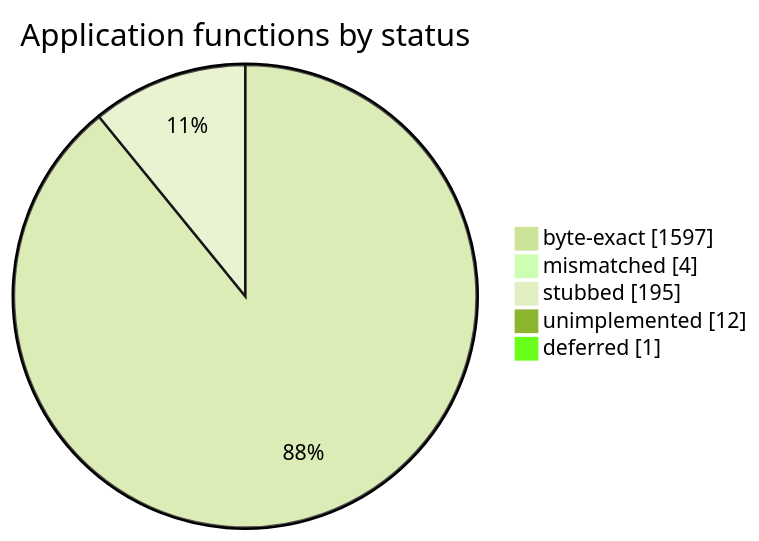
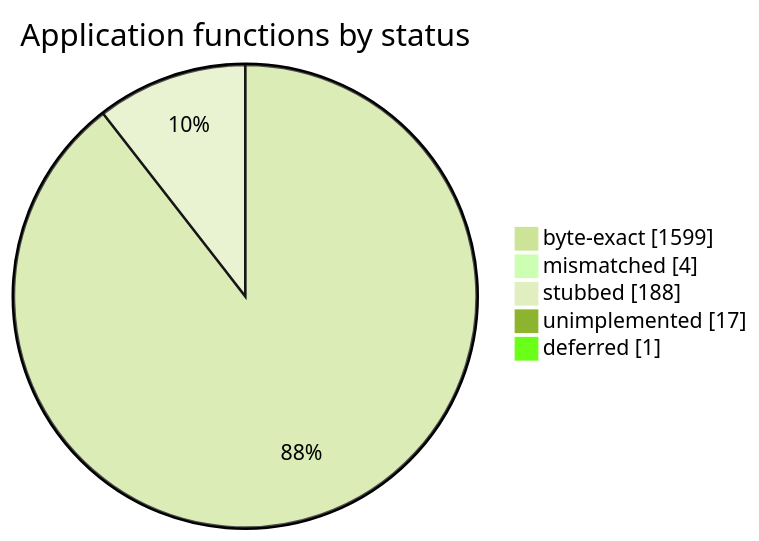
Before and after one commit to sorokya/eos: the diagram in README.md, drawn with Mermaid (forest theme). The commit also changed other lines of this file and 4 other files, not shown here.

````diff
--- a/README.md
+++ b/README.md
@@ -152,9 +152,9 @@
 ```mermaid
 pie showData
     title Application functions by status
-    "byte-exact" : 1597
+    "byte-exact" : 1599
     "mismatched" : 4
-    "stubbed" : 195
-    "unimplemented" : 12
+    "stubbed" : 188
+    "unimplemented" : 17
     "deferred" : 1
 ```
````
